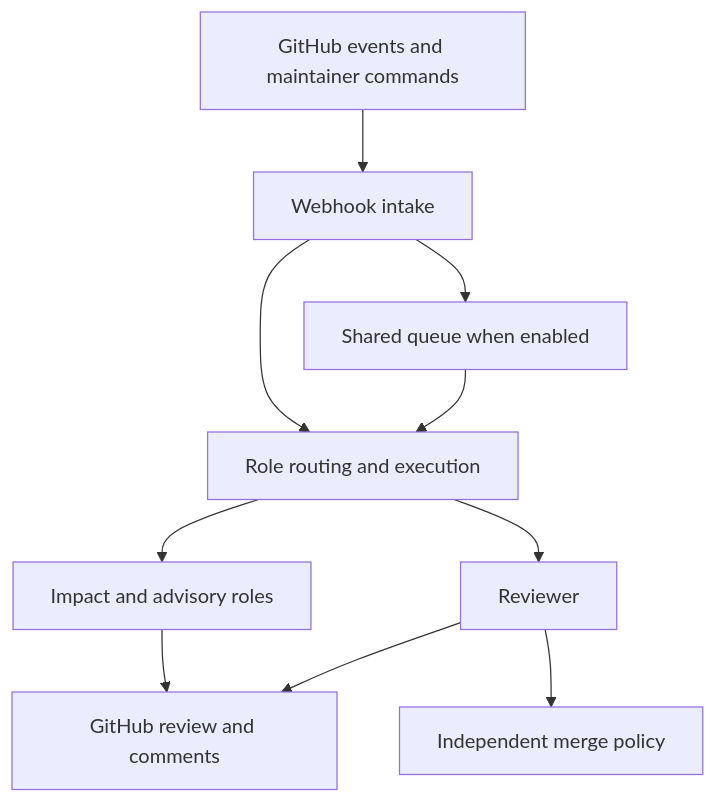
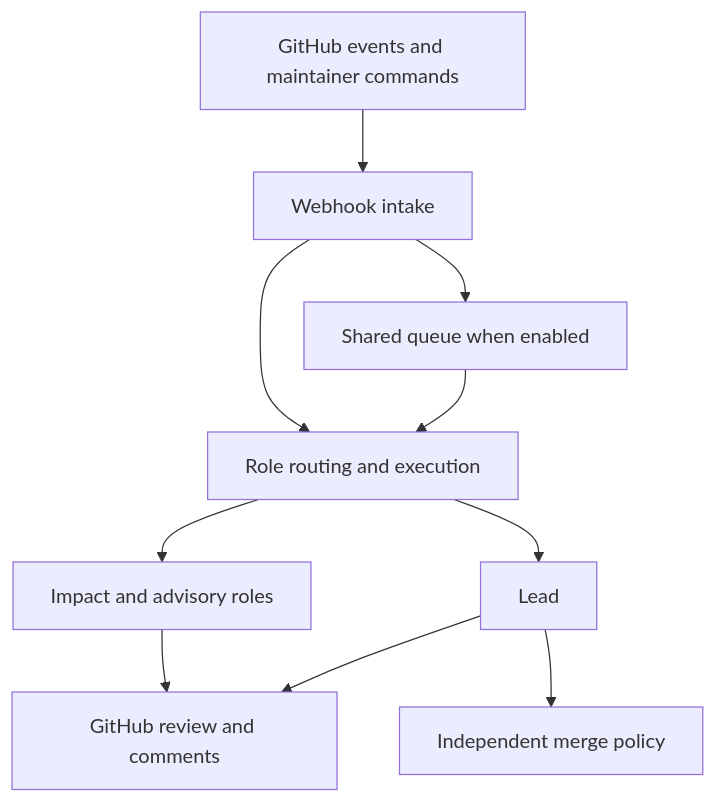
Before and after one commit to Oddmash/oddmash-agents: the diagram in README.md, drawn with Mermaid. The commit also changed other lines of this file, not shown here.

Commit message:
docs: introduce Lead as review coordinator (#124)

````diff
--- a/README.md
+++ b/README.md
@@ -40,12 +42,12 @@
 ```mermaid
 flowchart TD
     GitHub["GitHub events and maintainer commands"] --> Intake["Webhook intake"]
     Intake --> Queue["Shared queue when enabled"]
     Queue --> Runtime["Role routing and execution"]
     Intake --> Runtime
-    Runtime --> Review["Reviewer"]
+    Runtime --> Review["Lead"]
     Runtime --> Advisory["Impact and advisory roles"]
     Review --> Output["GitHub review and comments"]
     Advisory --> Output
     Review --> Gate["Independent merge policy"]
 ```
````
